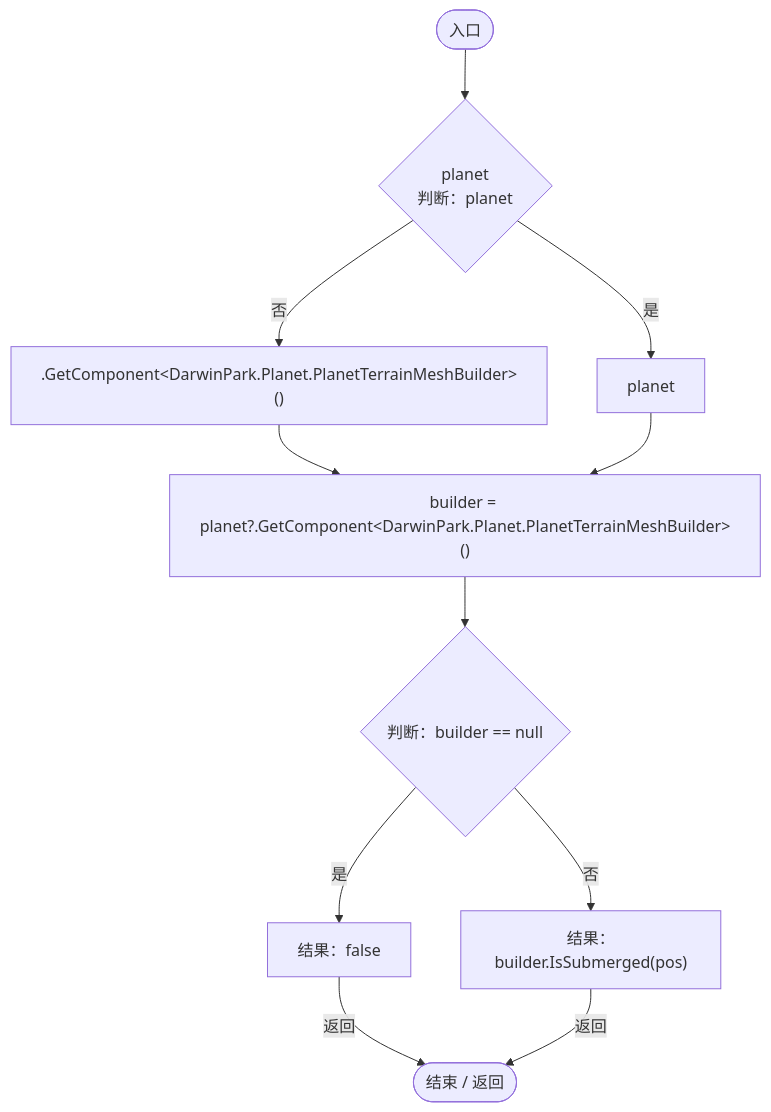
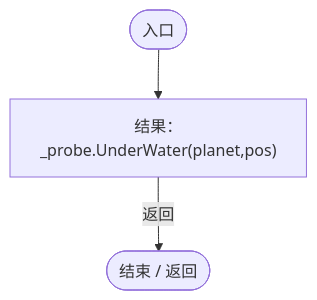
Before and after one commit to xhs6666/Darwin_paradise: the third of 4 diagrams in Docs/运行流程图/脚本/f9e84b7108c465c2.md, drawn with Mermaid. The commit also changed other lines of this file and 233 other files, not shown here.

````diff
--- a/Docs/运行流程图/脚本/f9e84b7108c465c2.md
+++ b/Docs/运行流程图/脚本/f9e84b7108c465c2.md
@@ -191,23 +184,9 @@
 ```mermaid
 flowchart TD
   b0(["入口"])
-  b1{"planet<br/>判断：planet"}
-  b2[".GetComponent&lt;DarwinPark.Planet.PlanetTerrainMeshBuilder&gt;()"]
-  b3["planet"]
-  b4["builder = planet?.GetComponent&lt;DarwinPark.Planet.PlanetTerrainMeshBuilder&gt;()"]
-  b5{"判断：builder == null"}
-  b6["结果：false"]
-  b7["结果：builder.IsSubmerged(pos)"]
-  b8(["结束 / 返回"])
+  b1["结果：_probe.UnderWater(planet,pos)"]
+  b2(["结束 / 返回"])
   b0 --> b1
-  b1 -->|"否"| b2
-  b1 -->|"是"| b3
-  b2 --> b4
-  b3 --> b4
-  b4 --> b5
-  b5 -->|"是"| b6
-  b5 -->|"否"| b7
-  b6 -->|"返回"| b8
-  b7 -->|"返回"| b8
+  b1 -->|"返回"| b2
 
 ```
````
